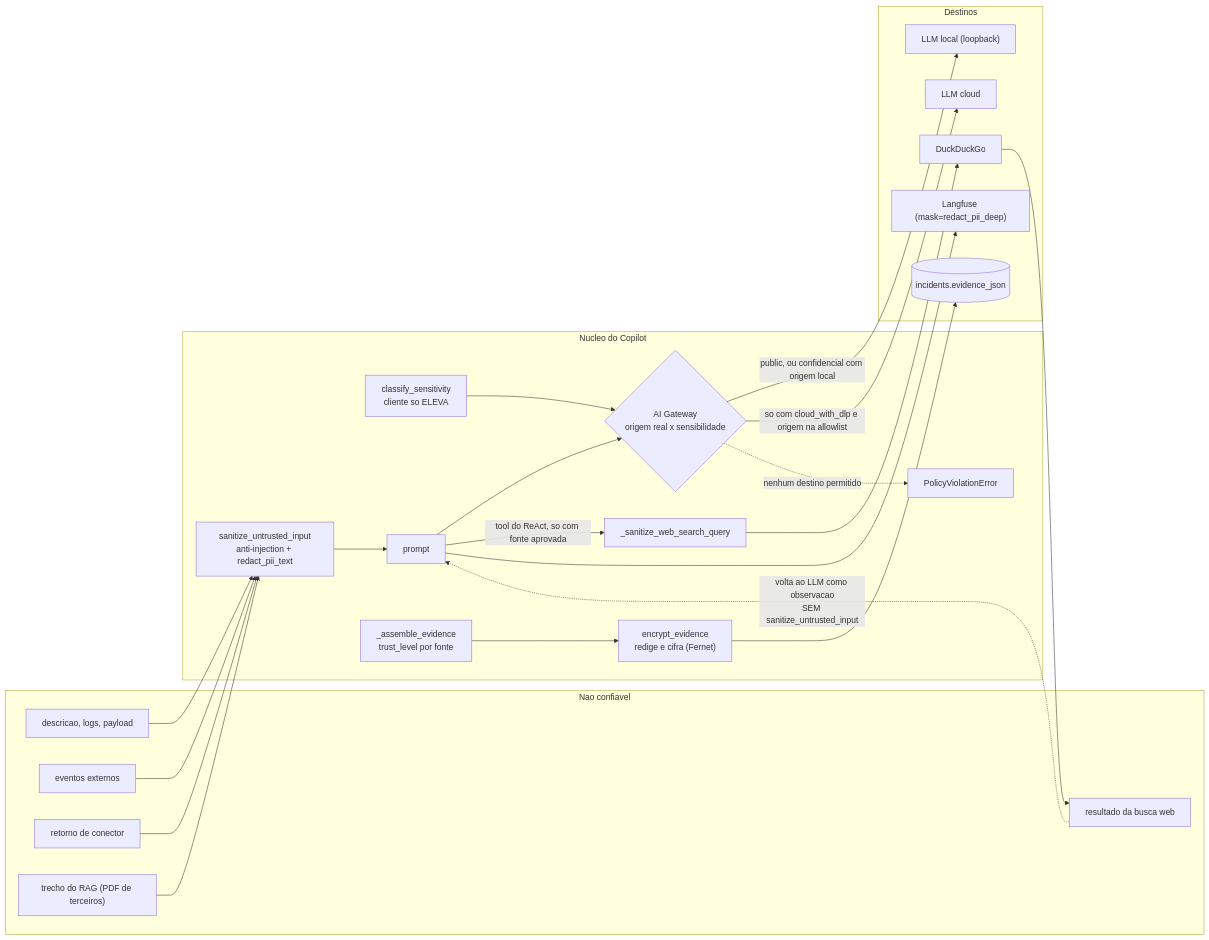
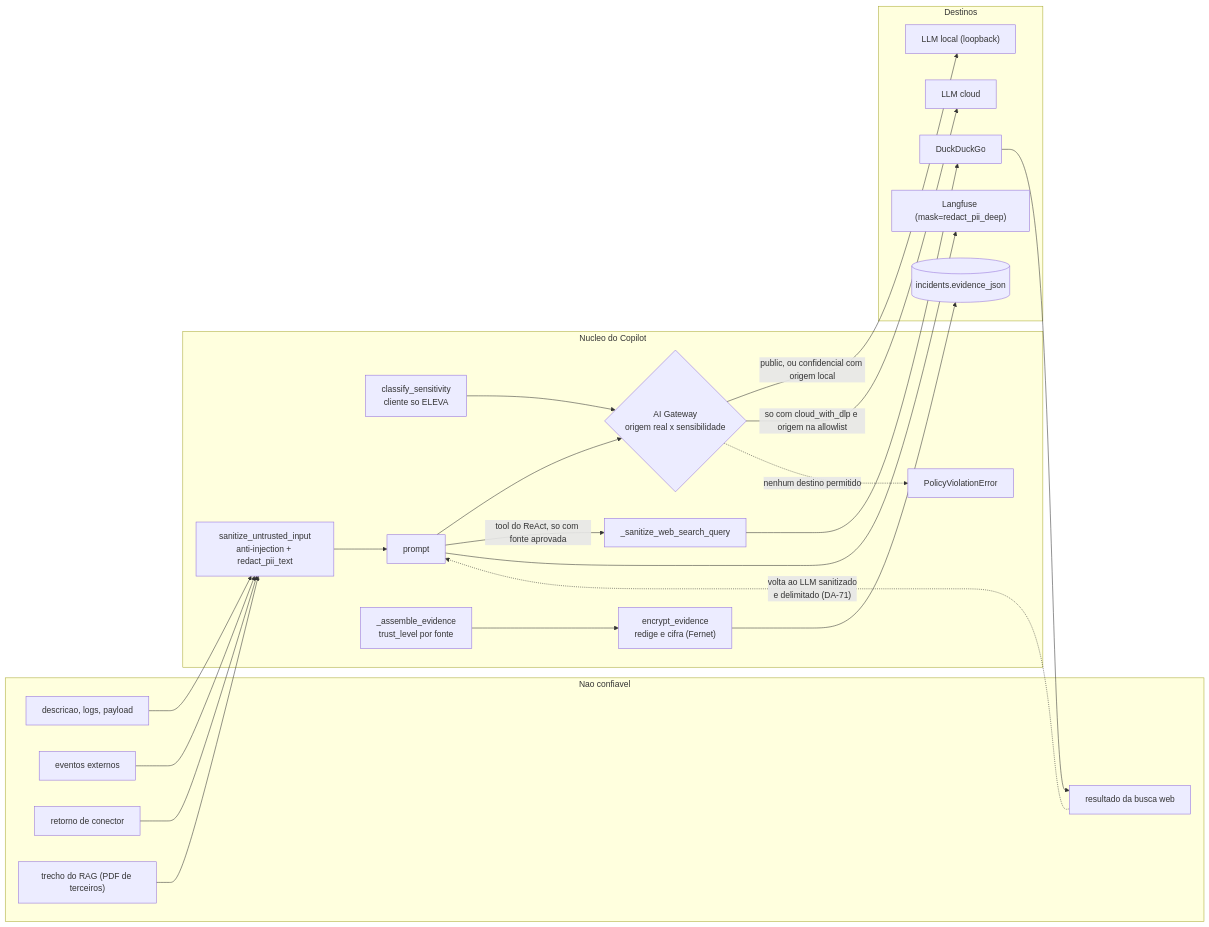
Before and after one commit to marcos-slima/integration-incident-copilot: the sixth of 15 diagrams in docs/ARCHITECTURE.md, drawn with Mermaid. The commit also changed other lines of this file and 4 other files, not shown here.

````diff
--- a/docs/ARCHITECTURE.md
+++ b/docs/ARCHITECTURE.md
@@ -244,43 +244,43 @@
 ```mermaid
 flowchart LR
     subgraph naoconf["Nao confiavel"]
         u["descricao, logs, payload"]
         ev["eventos externos"]
         cx["retorno de conector"]
         rg["trecho do RAG (PDF de terceiros)"]
         wb["resultado da busca web"]
     end
     subgraph nucleo["Nucleo do Copilot"]
         san["sanitize_untrusted_input<br/>anti-injection + redact_pii_text"]
         cls["classify_sensitivity<br/>cliente so ELEVA"]
         pr["prompt"]
         gw{"AI Gateway<br/>origem real x sensibilidade"}
         ev2["_assemble_evidence<br/>trust_level por fonte"]
         enc["encrypt_evidence<br/>redige e cifra (Fernet)"]
         q["_sanitize_web_search_query"]
         pv["PolicyViolationError"]
     end
     subgraph saida["Destinos"]
         loc["LLM local (loopback)"]
         cloud["LLM cloud"]
         ddg["DuckDuckGo"]
         db[("incidents.evidence_json")]
         lf["Langfuse (mask=redact_pii_deep)"]
     end
     u --> san
     ev --> san
     cx --> san
     rg --> san
     san --> pr
     pr --> gw
     cls --> gw
     gw -->|"public, ou confidencial com origem local"| loc
     gw -->|"so com cloud_with_dlp e origem na allowlist"| cloud
     gw -.->|"nenhum destino permitido"| pv
     pr -->|"tool do ReAct, so com fonte aprovada"| q
     q --> ddg
     ddg --> wb
-    wb -.->|"volta ao LLM como observacao<br/>SEM sanitize_untrusted_input"| pr
+    wb -.->|"volta ao LLM sanitizado<br/>e delimitado (DA-71)"| pr
     ev2 --> enc --> db
     pr --> lf
 ```
````
